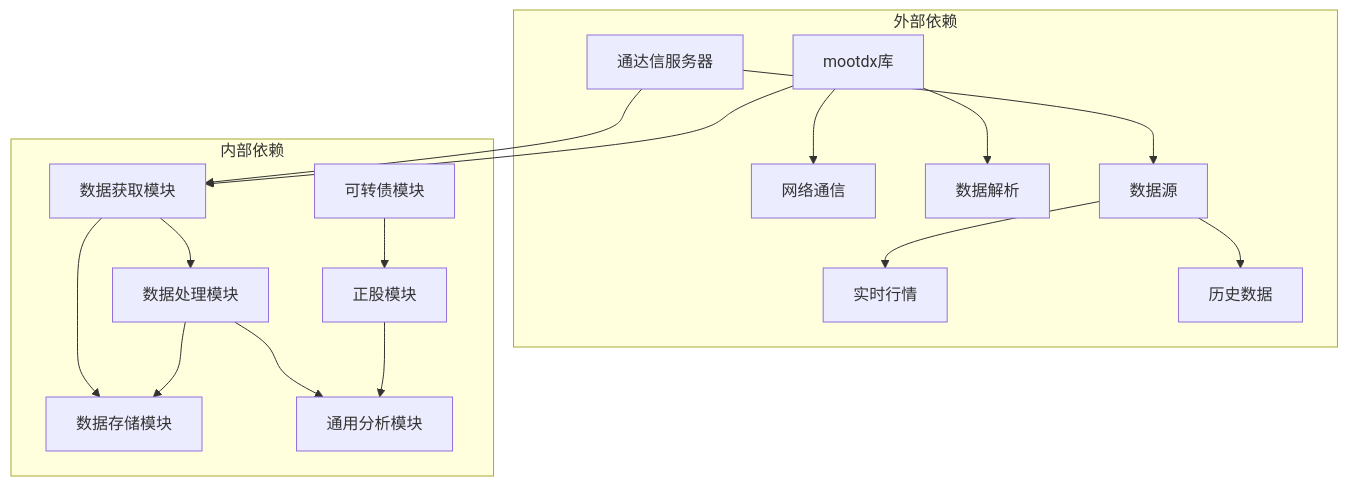
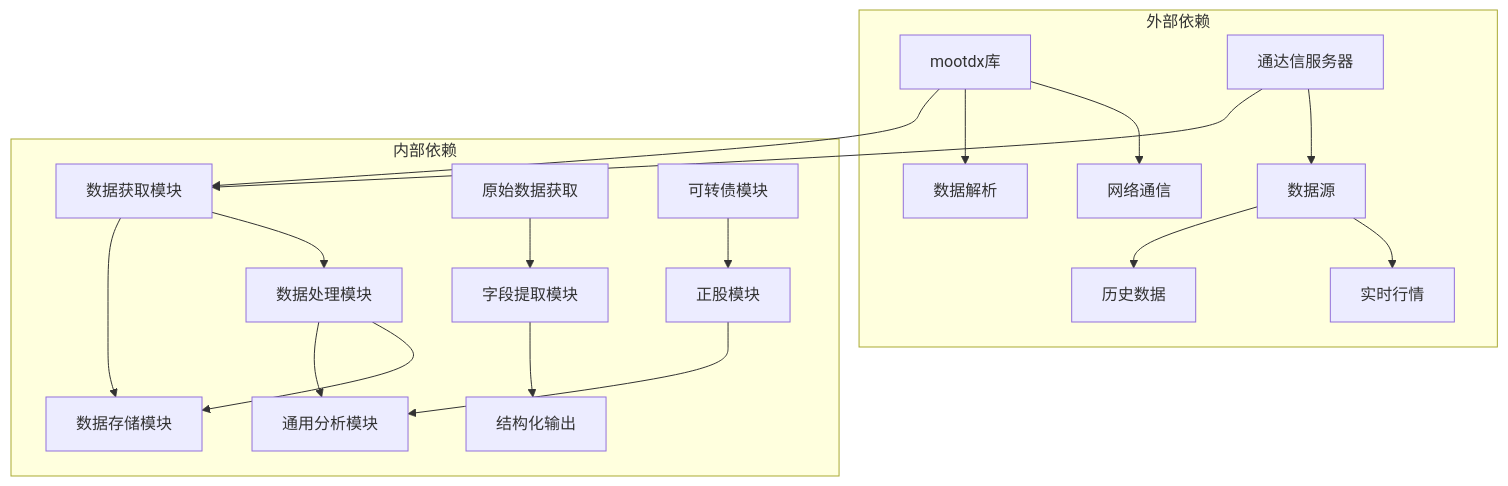
Before and after one commit to MORECORIANDERS/SCBE-web: the tenth of 11 diagrams in .qoder/repowiki/zh/content/数据文件说明/F10详细数据文件.md, drawn with Mermaid. The commit also changed other lines of this file and 16 other files, not shown here.

````diff
--- a/.qoder/repowiki/zh/content/数据文件说明/F10详细数据文件.md
+++ b/.qoder/repowiki/zh/content/数据文件说明/F10详细数据文件.md
@@ -330,20 +414,22 @@
 ```mermaid
 graph TB
 subgraph "外部依赖"
 A[mootdx库] --> B[网络通信]
 A --> C[数据解析]
 D[通达信服务器] --> E[数据源]
 E --> F[实时行情]
 E --> G[历史数据]
 end
 subgraph "内部依赖"
 H[数据获取模块] --> I[数据处理模块]
 I --> J[数据存储模块]
-K[可转债模块] --> L[正股模块]
-L --> M[通用分析模块]
+K[原始数据获取] --> L[字段提取模块]
+L --> M[结构化输出]
+N[可转债模块] --> O[正股模块]
+O --> P[通用分析模块]
 end
 A --> H
 D --> H
 H --> J
-I --> M
+I --> P
 ```
````
